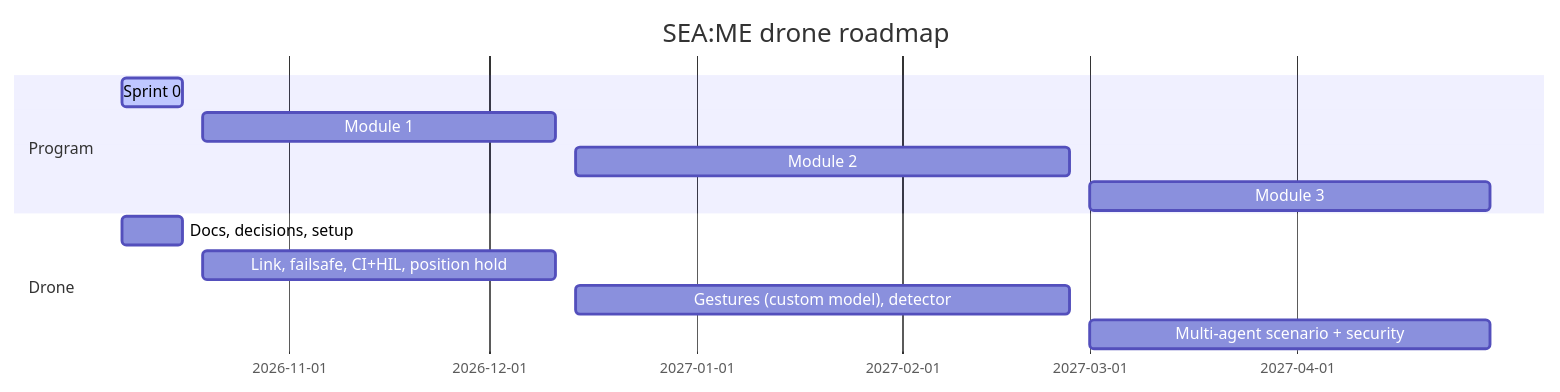
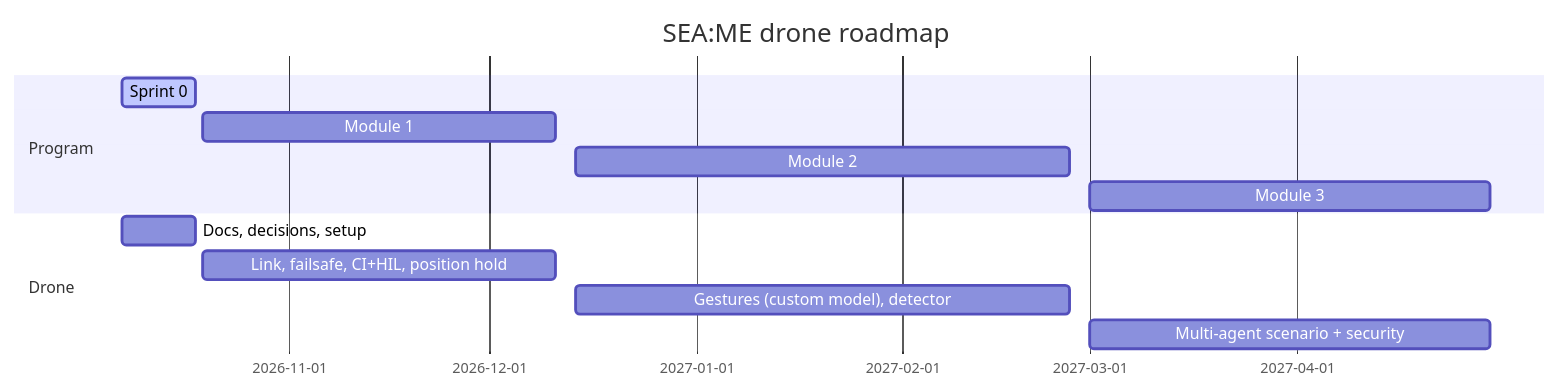
One commit to SEAME-pt/SEA-ME_Team1_ROSRangers changed the diagram in docs/PraticalPlan/01 Plan/Roadmap to April 2027.md. Above: the diagram before and after it, drawn with Mermaid. The commit also changed 17 other files, not shown here.

````diff
--- a/docs/PraticalPlan/01 Plan/Roadmap to April 2027.md
+++ b/docs/PraticalPlan/01 Plan/Roadmap to April 2027.md
@@ -20,15 +20,15 @@
 ```mermaid
 gantt
     dateFormat  YYYY-MM-DD
     title SEA:ME drone roadmap
     section Program
-    Sprint 0            :active, 2026-10-07, 2026-10-16
+    Sprint 0            :active, 2026-10-07, 2026-10-18
     Module 1            :m1, 2026-10-19, 2026-12-11
     Module 2            :m2, 2026-12-14, 2027-02-26
     Module 3            :m3, 2027-03-01, 2027-04-30
     section Drone
-    Docs, decisions, setup               :2026-10-07, 2026-10-16
+    Docs, decisions, setup               :2026-10-07, 2026-10-18
     Link, failsafe, CI+HIL, position hold :2026-10-19, 2026-12-11
     Gestures (custom model), detector     :2026-12-14, 2027-02-26
     Multi-agent scenario + security       :2027-03-01, 2027-04-30
 ```
````
